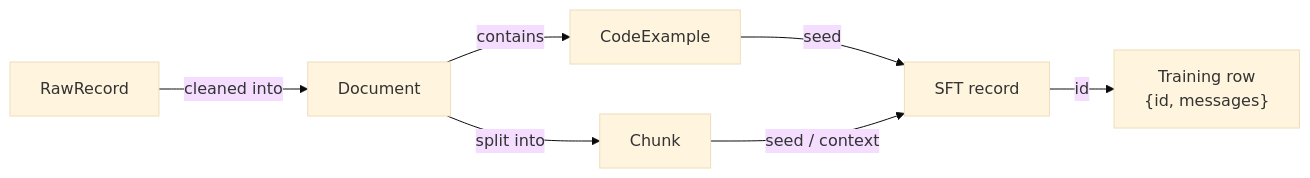
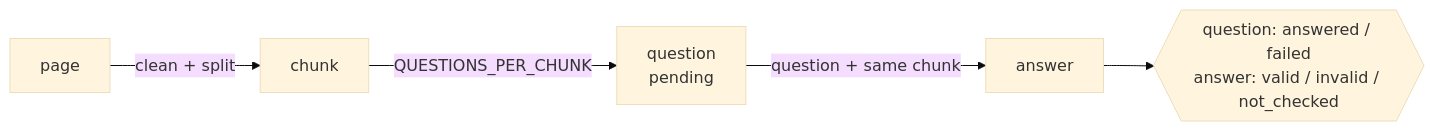
One commit to sajith-jeewantha/ballerina-sft-dataset-pipeline changed the second of 2 diagrams in README.md. Above: the diagram before and after it, drawn with Mermaid (base theme). The commit also changed other lines of this file and 88 other files, not shown here.

````diff
--- a/README.md
+++ b/README.md
@@ -87,9 +71,7 @@
 ```mermaid
 flowchart LR
-    R[RawRecord] -->|cleaned into| D[Document]
-    D -->|contains| E[CodeExample]
-    D -->|split into| K[Chunk]
-    E -->|seed| S[SFT record]
-    K -->|seed / context| S
-    S -->|id| T["Training row<br/>{id, messages}"]
+    P[page] -->|clean + split| CH[chunk]
+    CH -->|QUESTIONS_PER_CHUNK| QN[question<br/>pending]
+    QN -->|question + same chunk| AN[answer]
+    AN --> S{{"question: answered / failed<br/>answer: valid / invalid / not_checked"}}
 ```
````
